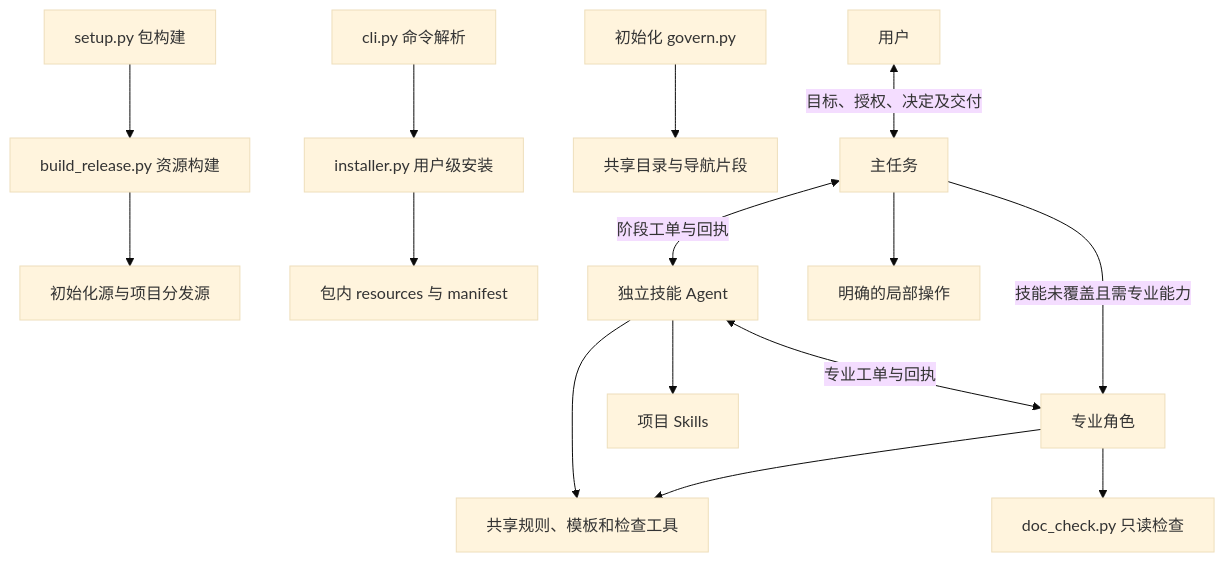
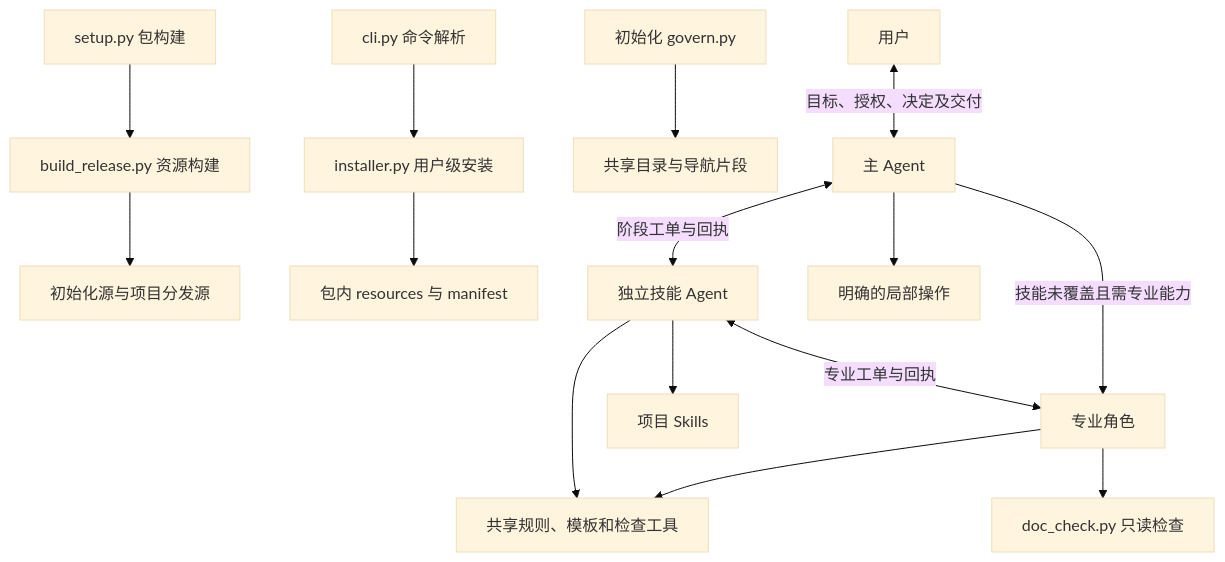
The third of 3 diagrams in docs/blueprint.md (bigsmartben/sdd-init), drawn with Mermaid (base theme) before and after one commit. The commit also changed other lines of this file and 8 other files, not shown here.

````diff
--- a/docs/blueprint.md
+++ b/docs/blueprint.md
@@ -132,17 +132,17 @@
 ```mermaid
 flowchart TD
   Package[setup.py 包构建] --> Build[build_release.py 资源构建]
   Build --> Sources[初始化源与项目分发源]
   CLI[cli.py 命令解析] --> Installer[installer.py 用户级安装]
   Installer --> Resources[包内 resources 与 manifest]
   Govern[初始化 govern.py] --> Bundle[共享目录与导航片段]
-  User[用户] <-->|目标、授权、决定及交付| Main[主任务]
+  User[用户] <-->|目标、授权、决定及交付| Main[主 Agent]
   Main <-->|阶段工单与回执| SkillAgent[独立技能 Agent]
   SkillAgent <-->|专业工单与回执| Roles[专业角色]
   Main -->|技能未覆盖且需专业能力| Roles
   Main --> Local[明确的局部操作]
   SkillAgent --> Skills[项目 Skills]
   SkillAgent --> Shared[共享规则、模板和检查工具]
   Roles --> Shared
   Roles --> Check[doc_check.py 只读检查]
 ```
````
